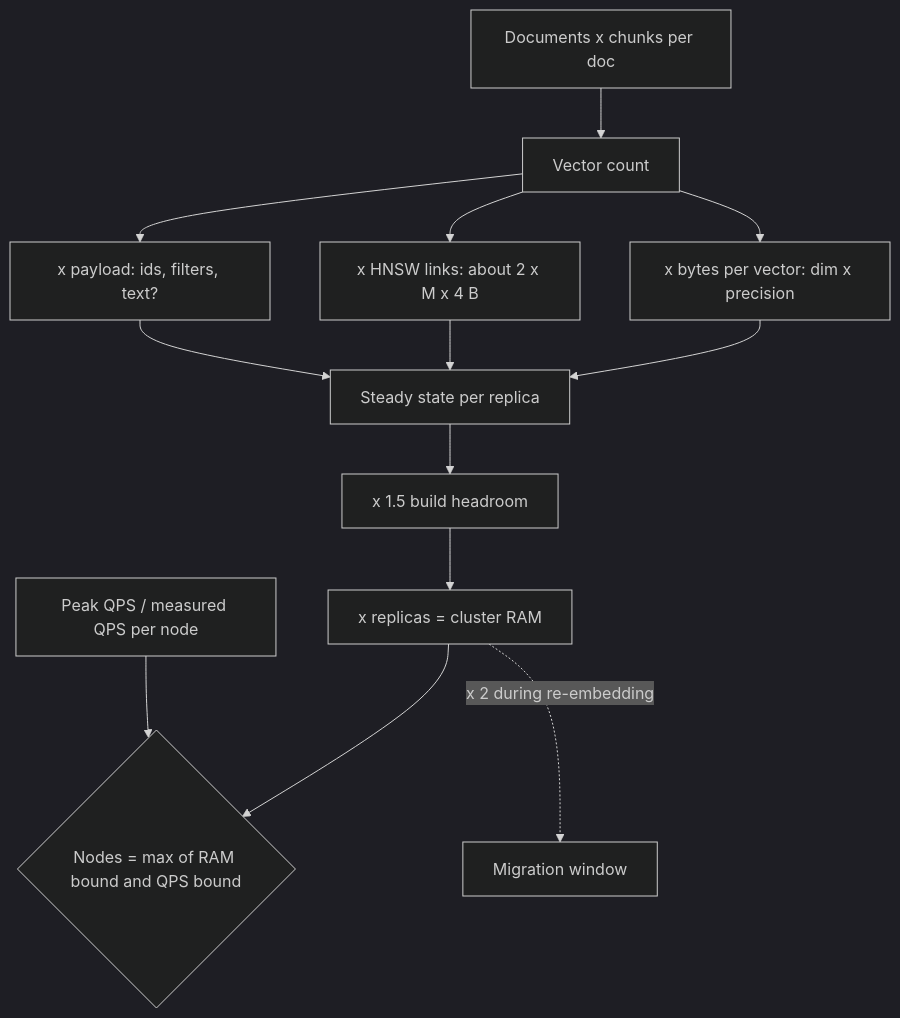
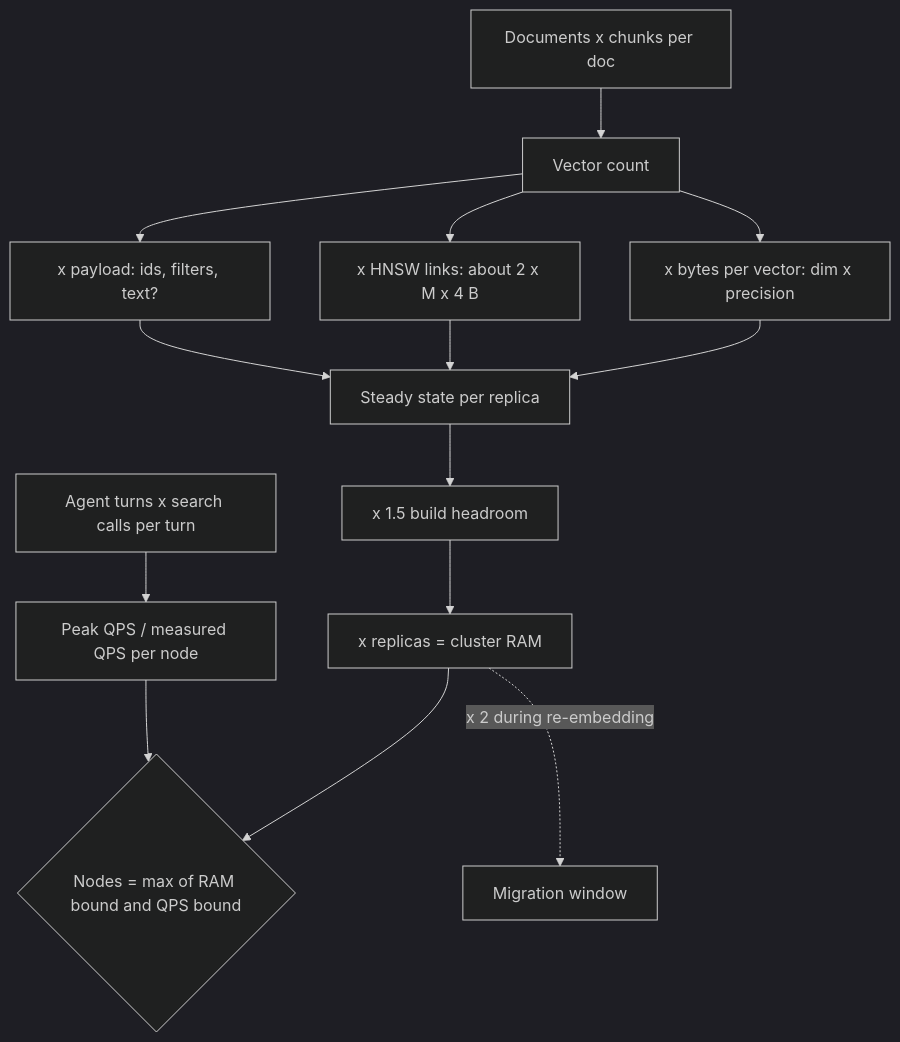
The diagram in content/data-architecture/vector-store-sizing.md (lovishmahajan97/agentic-learning), drawn with Mermaid (dark theme) before and after one commit. The commit also changed other lines of this file and 454 other files, not shown here.

````diff
--- a/content/data-architecture/vector-store-sizing.md
+++ b/content/data-architecture/vector-store-sizing.md
@@ -123,15 +145,16 @@
 ```mermaid
 flowchart TD
     D["Documents x chunks per doc"] --> V["Vector count"]
     V --> B["x bytes per vector: dim x precision"]
     V --> L["x HNSW links: about 2 x M x 4 B"]
     V --> P["x payload: ids, filters, text?"]
     B --> S["Steady state per replica"]
     L --> S
     P --> S
     S --> H["x 1.5 build headroom"]
     H --> R["x replicas = cluster RAM"]
     R --> N{"Nodes = max of RAM bound and QPS bound"}
-    Q["Peak QPS / measured QPS per node"] --> N
+    T["Agent turns x search calls per turn"] --> Q["Peak QPS / measured QPS per node"]
+    Q --> N
     R -.->|"x 2 during re-embedding"| M["Migration window"]
 ```
````
